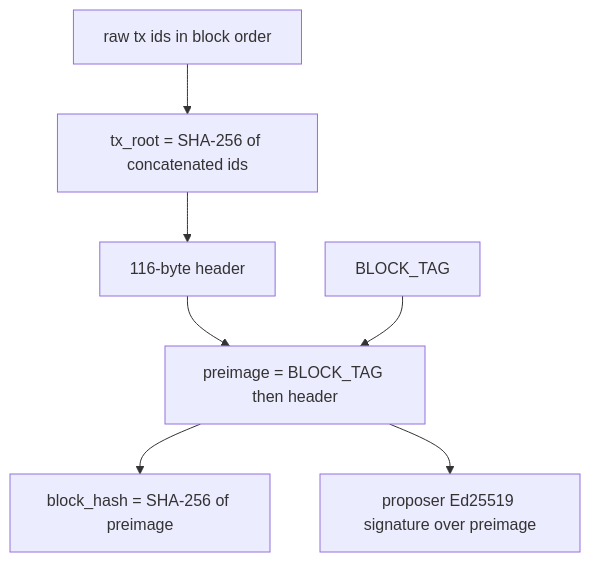
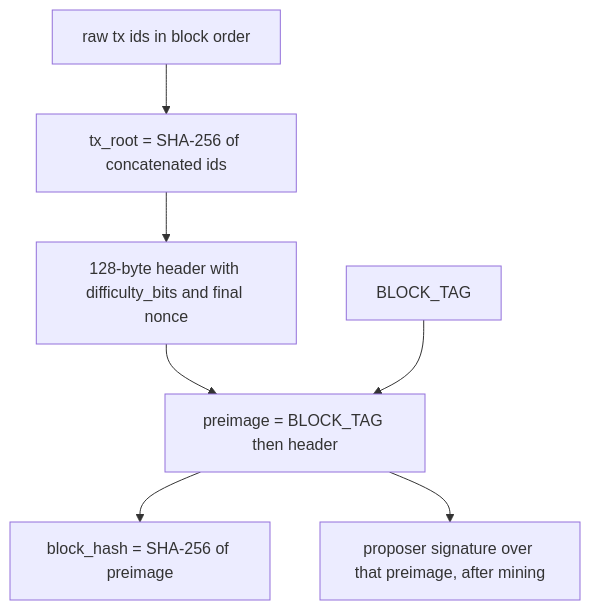
One commit to stevenkeith85-1/ledger-lab changed the second of 2 diagrams in docs/adr/0001-canonical-serialisation.md. Above: the diagram before and after it, drawn with Mermaid. The commit also changed other lines of this file and 2 other files, not shown here.

First line of the commit message:
Extend the block header with proof-of-work fields.

````diff
--- a/docs/adr/0001-canonical-serialisation.md
+++ b/docs/adr/0001-canonical-serialisation.md
@@ -170,16 +182,16 @@
 ```mermaid
 flowchart TD
   txIds["raw tx ids in block order"]
   txRoot["tx_root = SHA-256 of concatenated ids"]
-  header["116-byte header"]
+  mined["128-byte header with difficulty_bits and final nonce"]
   blockTag["BLOCK_TAG"]
   blockPre["preimage = BLOCK_TAG then header"]
   blockHash["block_hash = SHA-256 of preimage"]
-  blockSig["proposer Ed25519 signature over preimage"]
+  blockSig["proposer signature over that preimage, after mining"]
   txIds --> txRoot
-  txRoot --> header
-  header --> blockPre
+  txRoot --> mined
+  mined --> blockPre
   blockTag --> blockPre
   blockPre --> blockHash
   blockPre --> blockSig
 ```
````
